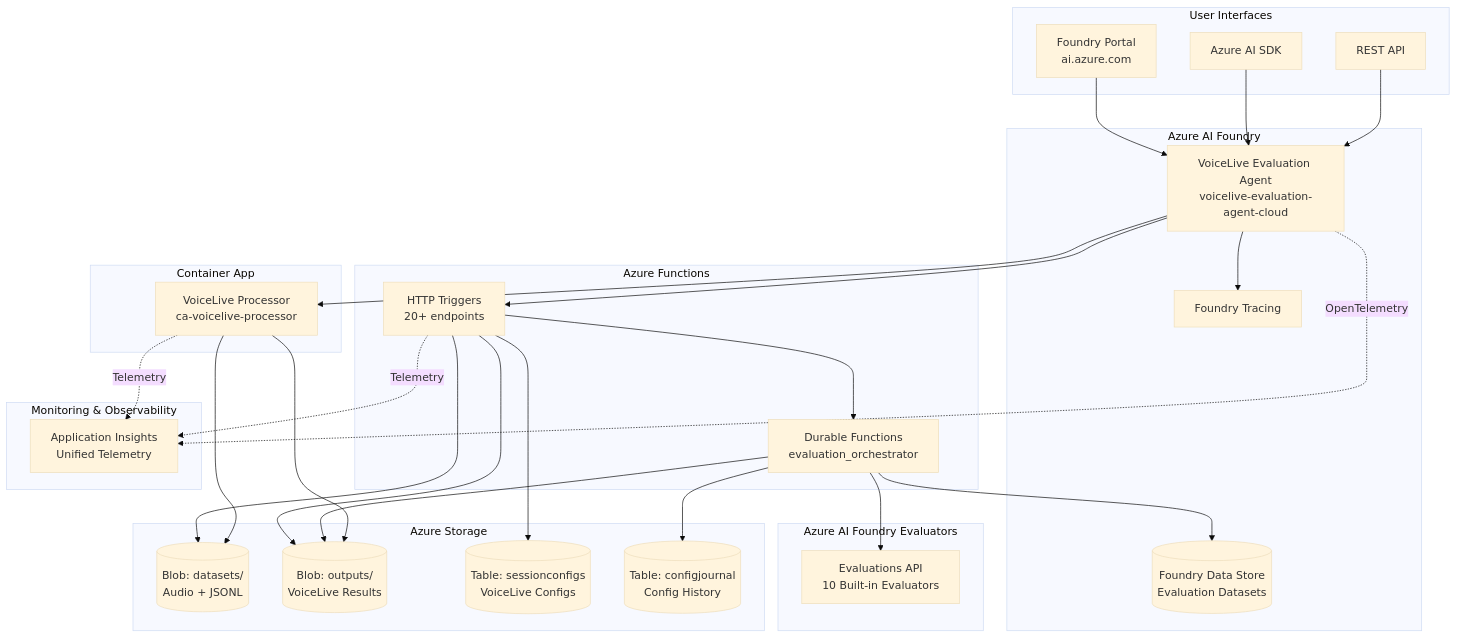
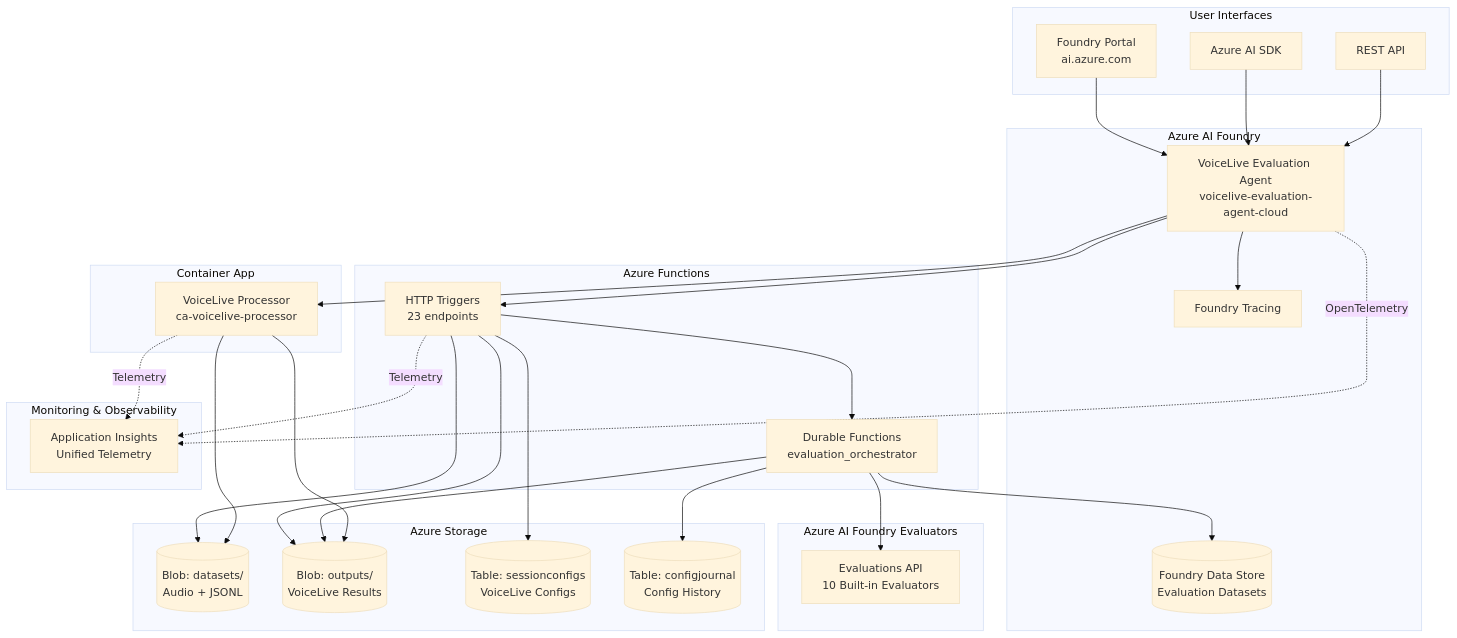
One commit to microsoft-foundry/voicelive-evaluation changed the first of 21 diagrams in evaluation_agent/ARCHITECTURE.md. Above: the diagram before and after it, drawn with Mermaid (base theme). The commit also changed other lines of this file and 4 other files, not shown here.

````diff
--- a/evaluation_agent/ARCHITECTURE.md
+++ b/evaluation_agent/ARCHITECTURE.md
@@ -11,58 +11,58 @@
 ```mermaid
 graph TB
     subgraph "User Interfaces"
         FP[Foundry Portal<br/>ai.azure.com]
         SDK[Azure AI SDK]
         API[REST API]
     end
     
     subgraph "Azure AI Foundry"
         Agent[VoiceLive Evaluation Agent<br/>voicelive-evaluation-agent-cloud]
         Trace[Foundry Tracing]
         FDS[(Foundry Data Store<br/>Evaluation Datasets)]
     end
     
     subgraph "Azure Functions"
-        HTTP[HTTP Triggers<br/>20+ endpoints]
+        HTTP[HTTP Triggers<br/>23 endpoints]
         Durable[Durable Functions<br/>evaluation_orchestrator]
     end
     
     subgraph "Container App"
         VL[VoiceLive Processor<br/>ca-voicelive-processor]
     end
     
     subgraph "Azure Storage"
         DS[(Blob: datasets/<br/>Audio + JSONL)]
         OUT[(Blob: outputs/<br/>VoiceLive Results)]
         TBL1[(Table: sessionconfigs<br/>VoiceLive Configs)]
         TBL2[(Table: configjournal<br/>Config History)]
     end
     
     subgraph "Monitoring & Observability"
         AI[Application Insights<br/>Unified Telemetry]
     end
     
     subgraph "Azure AI Foundry Evaluators"
         EVAL[Evaluations API<br/>10 Built-in Evaluators]
     end
     
     FP --> Agent
     SDK --> Agent
     API --> Agent
     Agent --> HTTP
     Agent --> VL
     Agent --> Trace
     Agent -.->|OpenTelemetry| AI
     HTTP --> Durable
     HTTP --> DS
     HTTP --> OUT
     HTTP --> TBL1
     HTTP -.->|Telemetry| AI
     Durable --> FDS
     Durable --> EVAL
     Durable --> OUT
     Durable --> TBL2
     VL --> DS
     VL --> OUT
     VL -.->|Telemetry| AI
 ```
````
